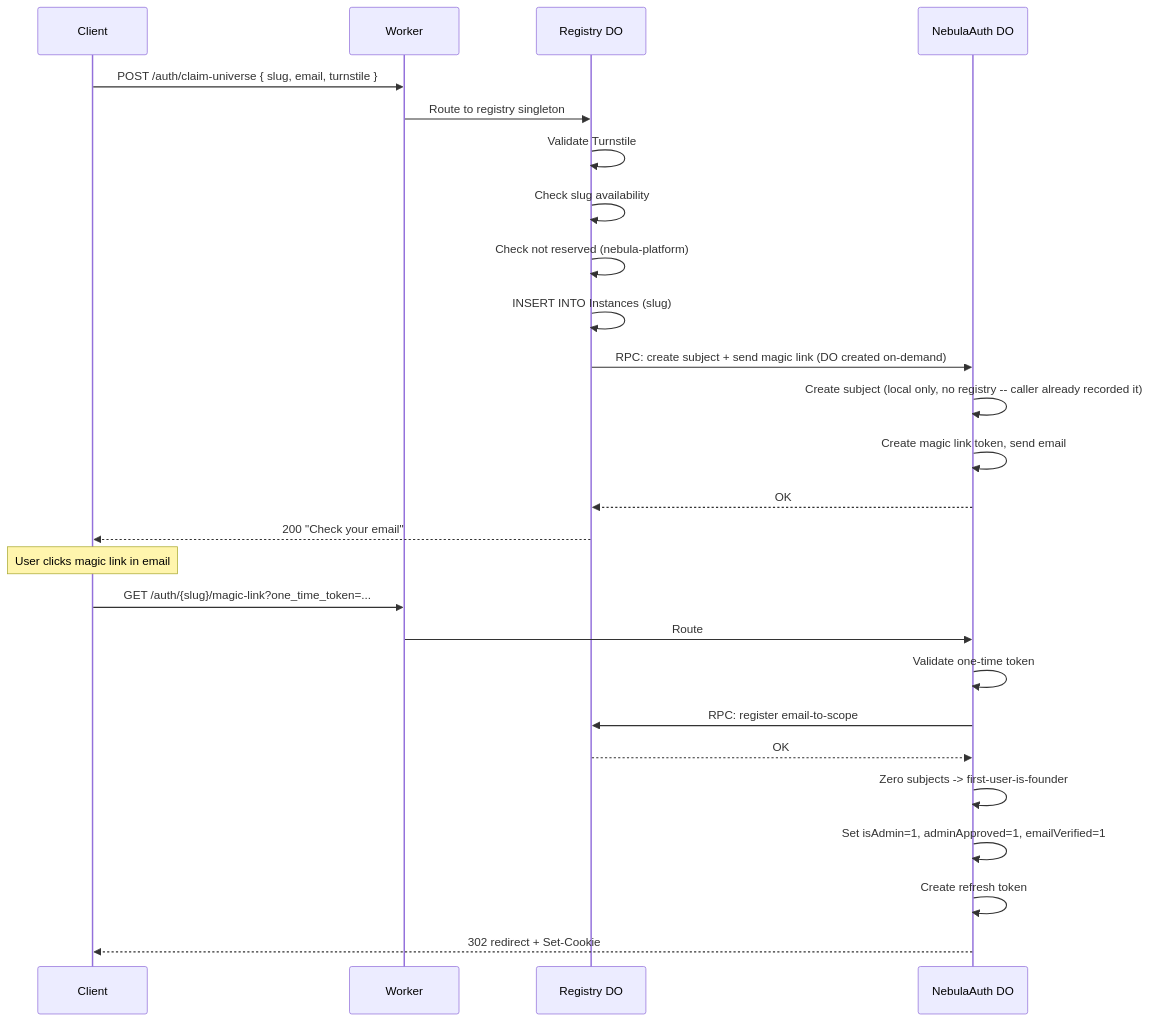
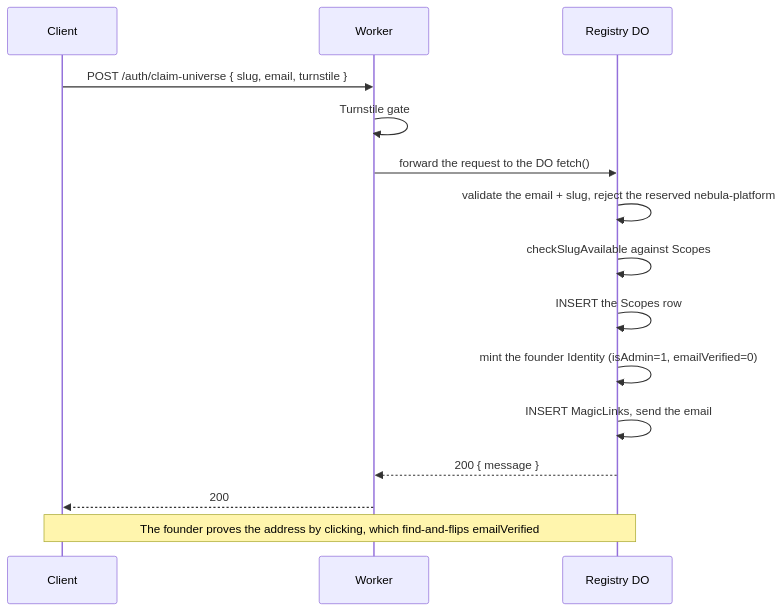
One commit to lumenize/lumenize changed the fourth of 8 diagrams in packages/nebula-auth/README.md. Above: the diagram before and after it, drawn with Mermaid. The commit also changed other lines of this file, not shown here.

First line of the commit message:
docs(nebula-auth): README describes the post-surrogate-sub architecture

````diff
--- a/packages/nebula-auth/README.md
+++ b/packages/nebula-auth/README.md
@@ -221,30 +254,19 @@
 ```mermaid
 sequenceDiagram
     participant C as Client
     participant W as Worker
     participant R as Registry DO
-    participant NA as NebulaAuth DO
 
     C->>W: POST /auth/claim-universe { slug, email, turnstile }
-    W->>R: Route to registry singleton
-    R->>R: Validate Turnstile
-    R->>R: Check slug availability
-    R->>R: Check not reserved (nebula-platform)
-    R->>R: INSERT INTO Instances (slug)
-    R->>NA: RPC: create subject + send magic link (DO created on-demand)
-    NA->>NA: Create subject (local only, no registry -- caller already recorded it)
-    NA->>NA: Create magic link token, send email
-    NA-->>R: OK
-    R-->>C: 200 "Check your email"
+    W->>W: Turnstile gate
+    W->>R: forward the request to the DO fetch()
+    R->>R: validate the email + slug, reject the reserved nebula-platform
+    R->>R: checkSlugAvailable against Scopes
+    R->>R: INSERT the Scopes row
+    R->>R: mint the founder Identity (isAdmin=1, emailVerified=0)
+    R->>R: INSERT MagicLinks, send the email
+    R-->>W: 200 { message }
+    W-->>C: 200
 
-    Note over C: User clicks magic link in email
-    C->>W: GET /auth/{slug}/magic-link?one_time_token=...
-    W->>NA: Route
-    NA->>NA: Validate one-time token
-    NA->>R: RPC: register email-to-scope
-    R-->>NA: OK
-    NA->>NA: Zero subjects -> first-user-is-founder
-    NA->>NA: Set isAdmin=1, adminApproved=1, emailVerified=1
-    NA->>NA: Create refresh token
-    NA-->>C: 302 redirect + Set-Cookie
+    Note over C,R: The founder proves the address by clicking, which find-and-flips emailVerified
 ```
````
